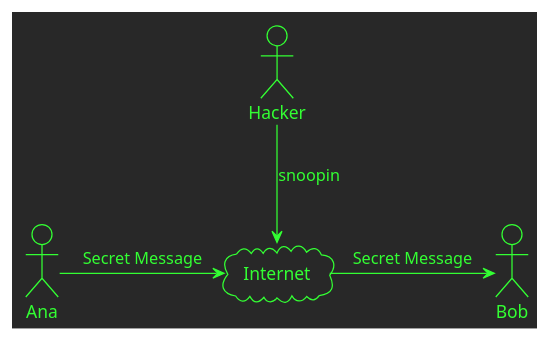
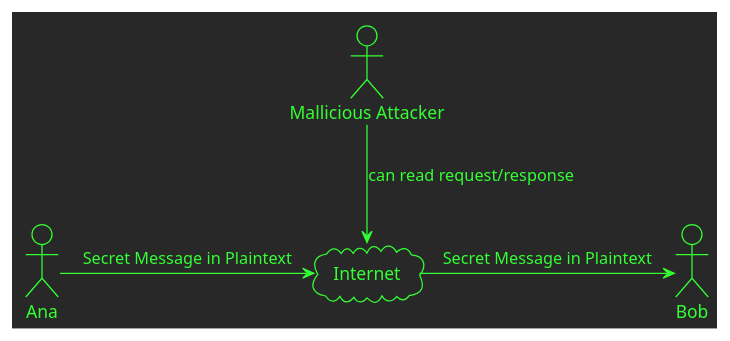
The first of 3 diagrams in readme.md (pritamprasd/cryptography-basics-web), drawn with PlantUML before and after one commit. The commit also changed other lines of this file, not shown here.

````diff
--- a/readme.md
+++ b/readme.md
@@ -34,12 +34,12 @@
 ```plantuml
 @startuml Problem
 !theme crt-green
 actor Ana as A
 actor Bob as B
-actor Hacker as H
+actor "Mallicious Attacker" as H
 cloud Internet as I
-A -r-> I : Secret Message 
-I -r-> B : Secret Message 
-H -d-> I : snoopin
+A -r-> I : Secret Message in Plaintext
+I -r-> B : Secret Message in Plaintext
+H -d-> I : can read request/response
 @enduml
 ```
````
